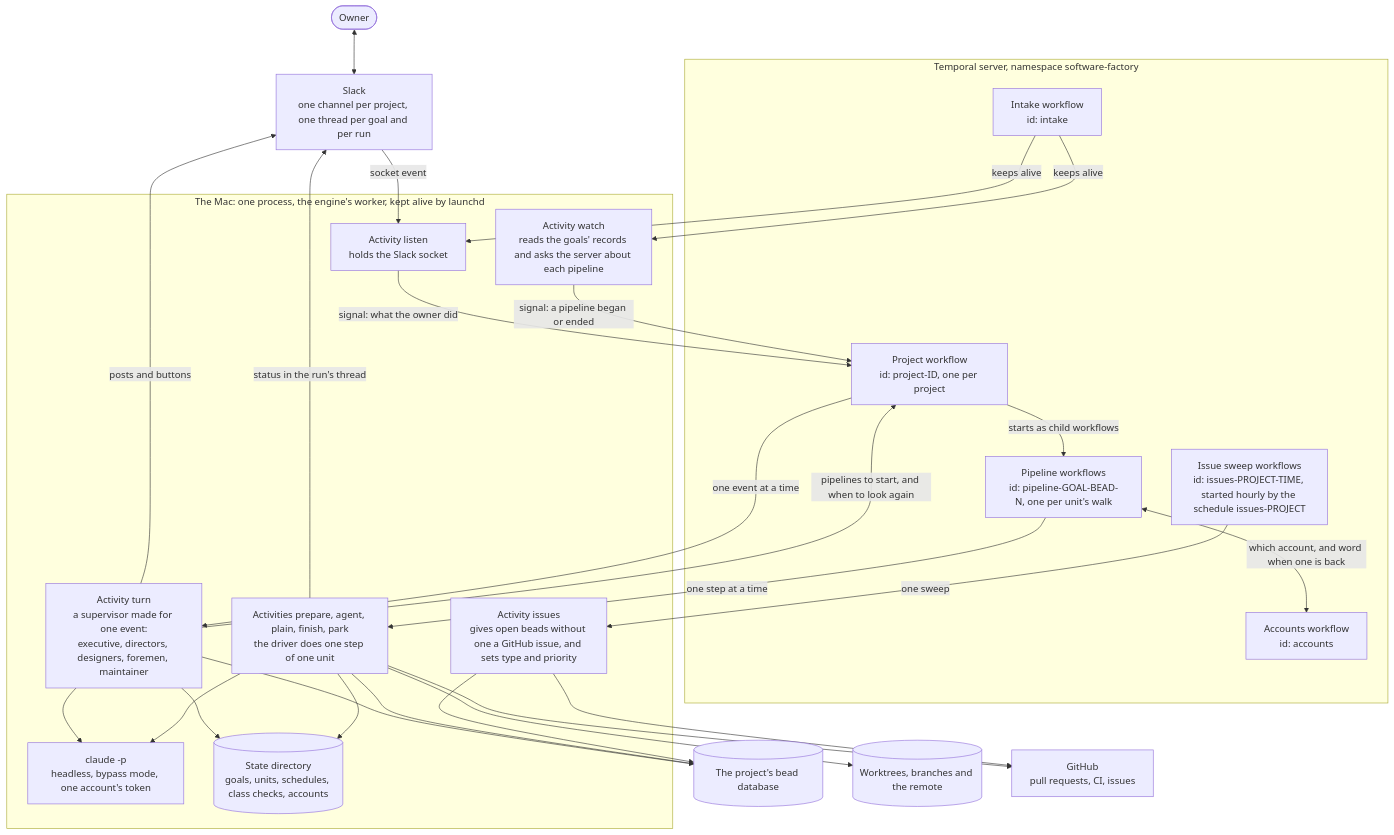
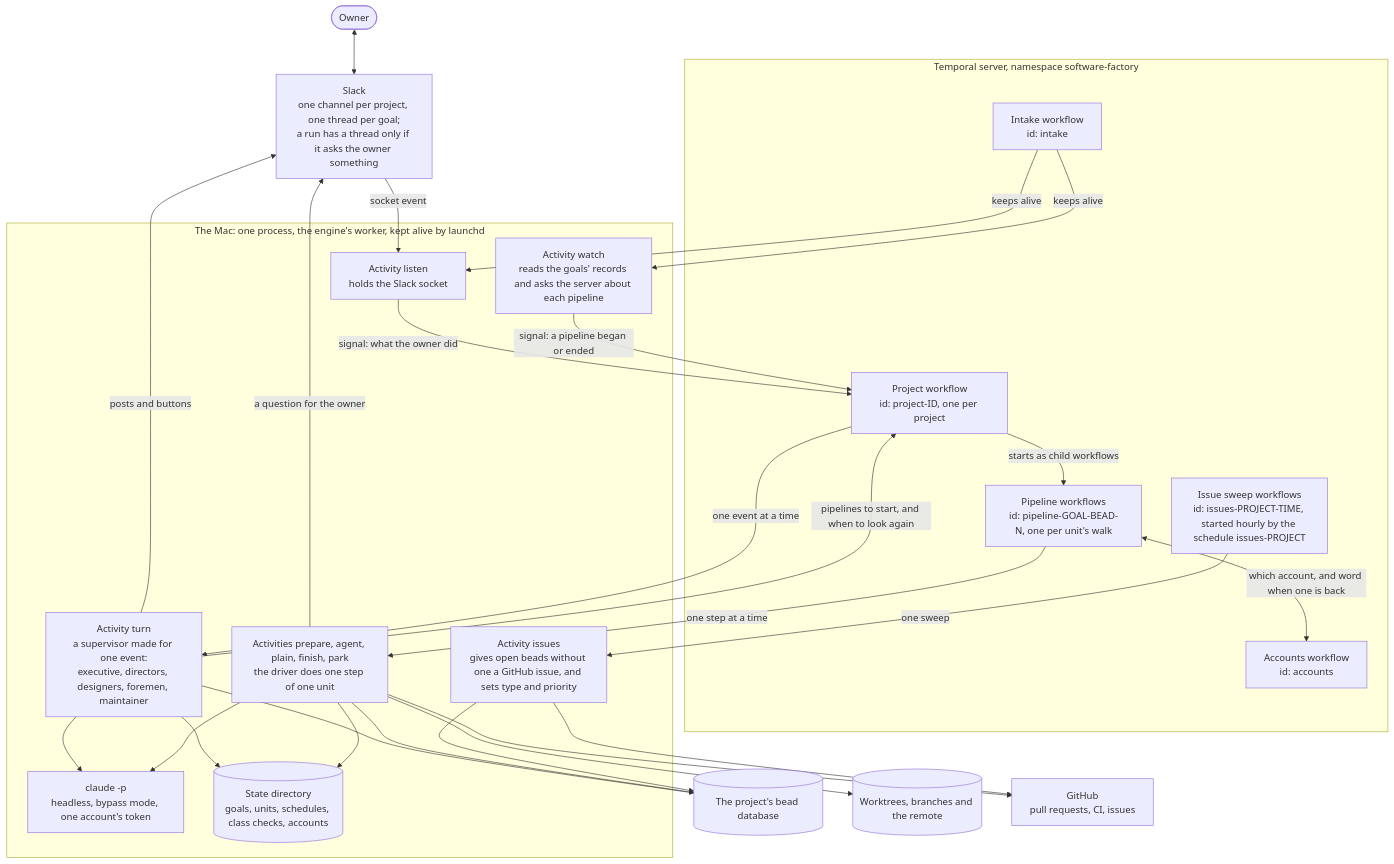
Before and after one commit to mikeacjones/software-factory: the first of 7 diagrams in docs/how-it-works.md, drawn with Mermaid. The commit also changed other lines of this file and 9 other files, not shown here.

````diff
--- a/docs/how-it-works.md
+++ b/docs/how-it-works.md
@@ -12,52 +12,52 @@
 ```mermaid
 flowchart TB
     owner(["Owner"])
-    slack["Slack<br/>one channel per project, one thread per goal and per run"]
+    slack["Slack<br/>one channel per project, one thread per goal;<br/>a run has a thread only if it asks the owner something"]
 
     subgraph server["Temporal server, namespace software-factory"]
         intake["Intake workflow<br/>id: intake"]
         project["Project workflow<br/>id: project-ID, one per project"]
         pipeline["Pipeline workflows<br/>id: pipeline-GOAL-BEAD-N, one per unit's walk"]
         accounts["Accounts workflow<br/>id: accounts"]
         sweep["Issue sweep workflows<br/>id: issues-PROJECT-TIME, started hourly by the schedule issues-PROJECT"]
     end
 
     subgraph worker["The Mac: one process, the engine's worker, kept alive by launchd"]
         listen["Activity listen<br/>holds the Slack socket"]
         watch["Activity watch<br/>reads the goals' records and asks the server about each pipeline"]
         turn["Activity turn<br/>a supervisor made for one event:<br/>executive, directors, designers, foremen, maintainer"]
         steps["Activities prepare, agent, plain, finish, park<br/>the driver does one step of one unit"]
         issues["Activity issues<br/>gives open beads without one a GitHub issue, and sets type and priority"]
         claude["claude -p<br/>headless, bypass mode, one account's token"]
         records[("State directory<br/>goals, units, schedules, class checks, accounts")]
     end
 
     beads[("The project's bead database")]
     git[("Worktrees, branches and the remote")]
     github["GitHub<br/>pull requests, CI, issues"]
 
     owner <--> slack
     slack -->|"socket event"| listen
     intake -->|"keeps alive"| listen
     intake -->|"keeps alive"| watch
     listen -->|"signal: what the owner did"| project
     watch -->|"signal: a pipeline began or ended"| project
     project -->|"one event at a time"| turn
     turn -->|"pipelines to start, and when to look again"| project
     project -->|"starts as child workflows"| pipeline
     pipeline -->|"one step at a time"| steps
     pipeline <-->|"which account, and word when one is back"| accounts
     turn --> claude
     steps --> claude
     turn --> records
     steps --> records
     turn --> beads
     steps --> beads
     steps --> git
     steps --> github
     sweep -->|"one sweep"| issues
     issues --> beads
     issues --> github
     turn -->|"posts and buttons"| slack
-    steps -->|"status in the run's thread"| slack
+    steps -->|"a question for the owner"| slack
 ```
````
